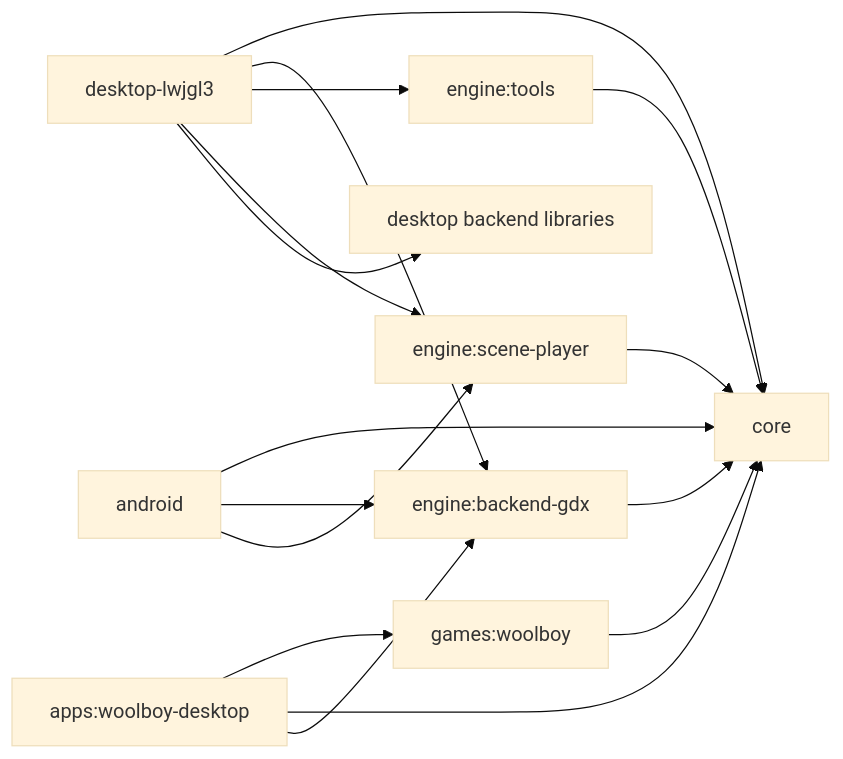
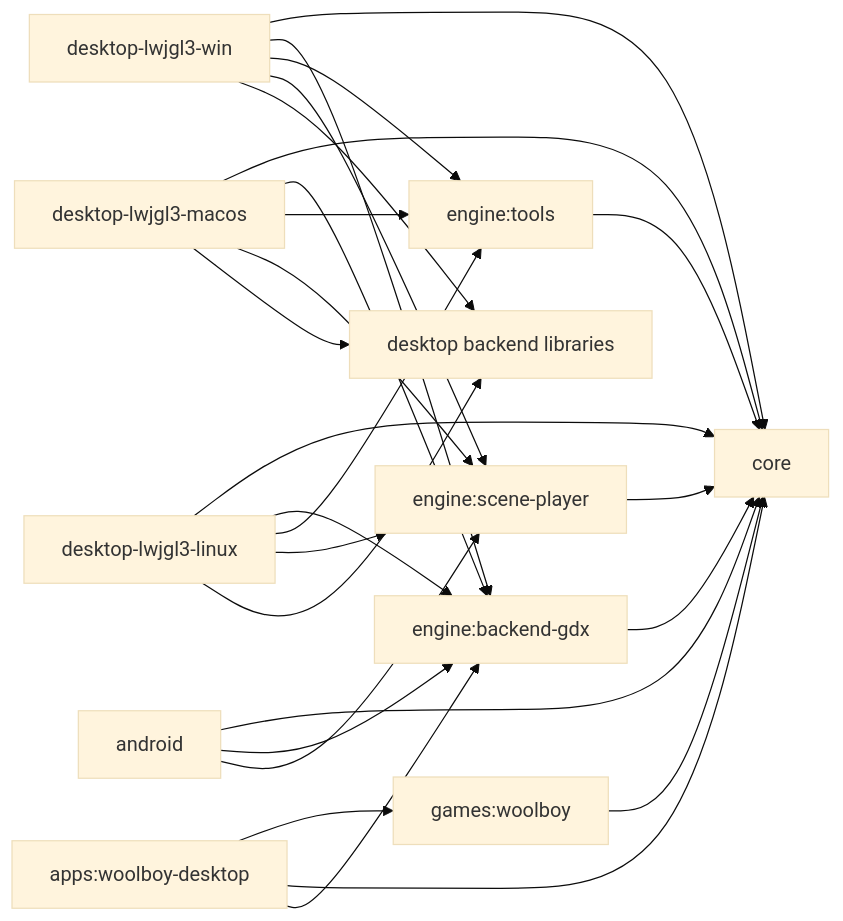
Before and after one commit to Dmytro-Pashko/KRender: the first of 2 diagrams in README.md, drawn with Mermaid (base theme). The commit also changed other lines of this file and 80 other files, not shown here.

Commit message:
Reworked structure of native launchers for desktop (win/macos/linux)

````diff
--- a/README.md
+++ b/README.md
@@ -95,19 +101,29 @@
 ```mermaid
 flowchart LR
     Core["core"]
     BackendGdx["engine:backend-gdx"] --> Core
     Tools["engine:tools"] --> Core
     ScenePlayer["engine:scene-player"] --> Core
-    DesktopLwjgl3["desktop-lwjgl3"] --> Core
-    DesktopLwjgl3 --> BackendGdx
-    DesktopLwjgl3 --> Tools
-    DesktopLwjgl3 --> ScenePlayer
-    DesktopLwjgl3 --> DesktopBackend["desktop backend libraries"]
+    DesktopWin["desktop-lwjgl3-win"] --> Core
+    DesktopWin --> BackendGdx
+    DesktopWin --> Tools
+    DesktopWin --> ScenePlayer
+    DesktopMac["desktop-lwjgl3-macos"] --> Core
+    DesktopMac --> BackendGdx
+    DesktopMac --> Tools
+    DesktopMac --> ScenePlayer
+    DesktopLinux["desktop-lwjgl3-linux"] --> Core
+    DesktopLinux --> BackendGdx
+    DesktopLinux --> Tools
+    DesktopLinux --> ScenePlayer
+    DesktopWin --> DesktopBackend["desktop backend libraries"]
+    DesktopMac --> DesktopBackend
+    DesktopLinux --> DesktopBackend
     Android["android"] --> Core
     Android --> BackendGdx
     Android --> ScenePlayer
     Woolboy["games:woolboy"] --> Core
     WoolboyDesktop["apps:woolboy-desktop"] --> Woolboy
     WoolboyDesktop --> Core
     WoolboyDesktop --> BackendGdx
 ```
````
